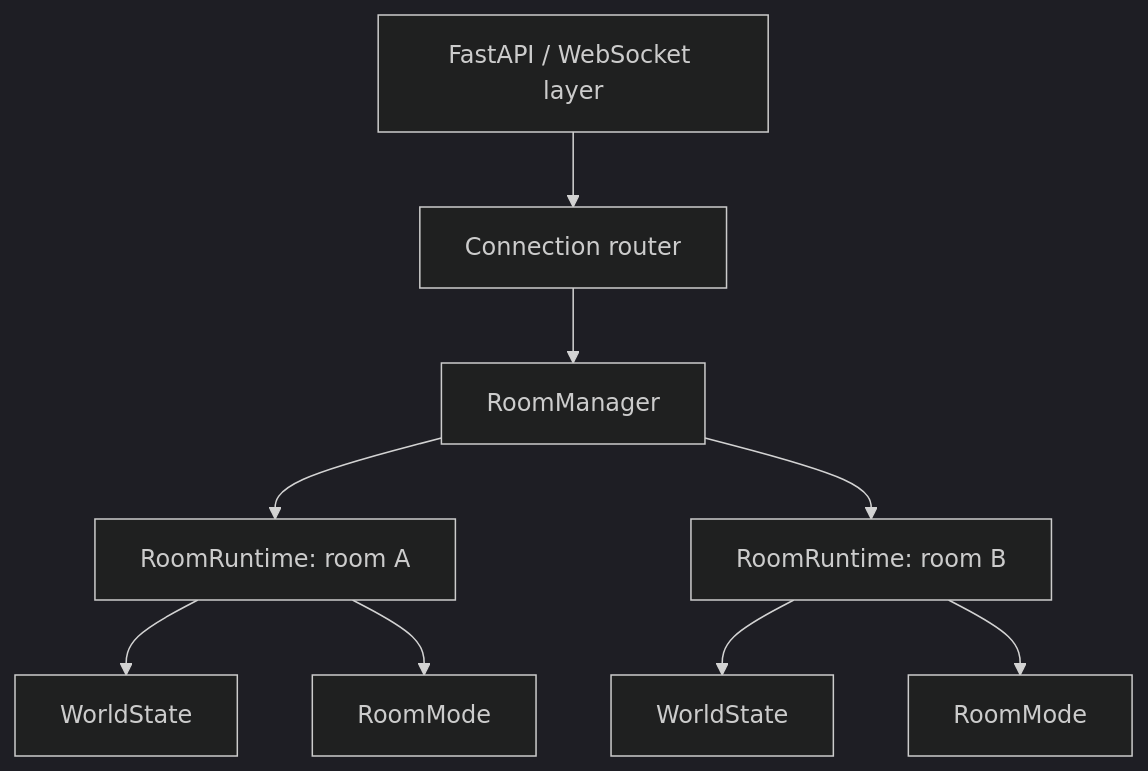
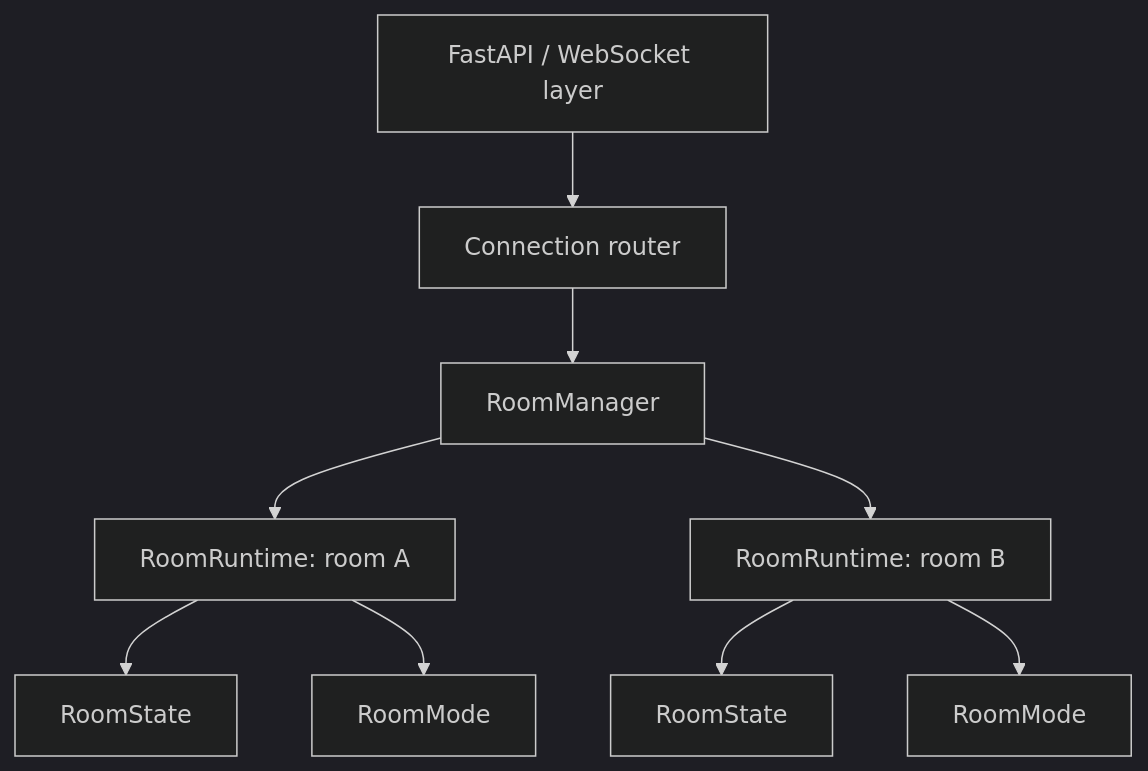
One commit to GoldenWind8/roguelike-mvp changed the second of 6 diagrams in docs/WORLD.md. Above: the diagram before and after it, drawn with Mermaid (dark theme). The commit also changed other lines of this file and 29 other files, not shown here.

````diff
--- a/docs/WORLD.md
+++ b/docs/WORLD.md
@@ -64,11 +64,11 @@
 ```mermaid
 flowchart TB
     App["FastAPI / WebSocket layer"] --> Router["Connection router"]
     Router --> Manager["RoomManager"]
     Manager --> R1["RoomRuntime: room A"]
     Manager --> R2["RoomRuntime: room B"]
-    R1 --> W1["WorldState"]
-    R2 --> W2["WorldState"]
+    R1 --> W1["RoomState"]
+    R2 --> W2["RoomState"]
     R1 --> M1["RoomMode"]
     R2 --> M2["RoomMode"]
 ```
````
